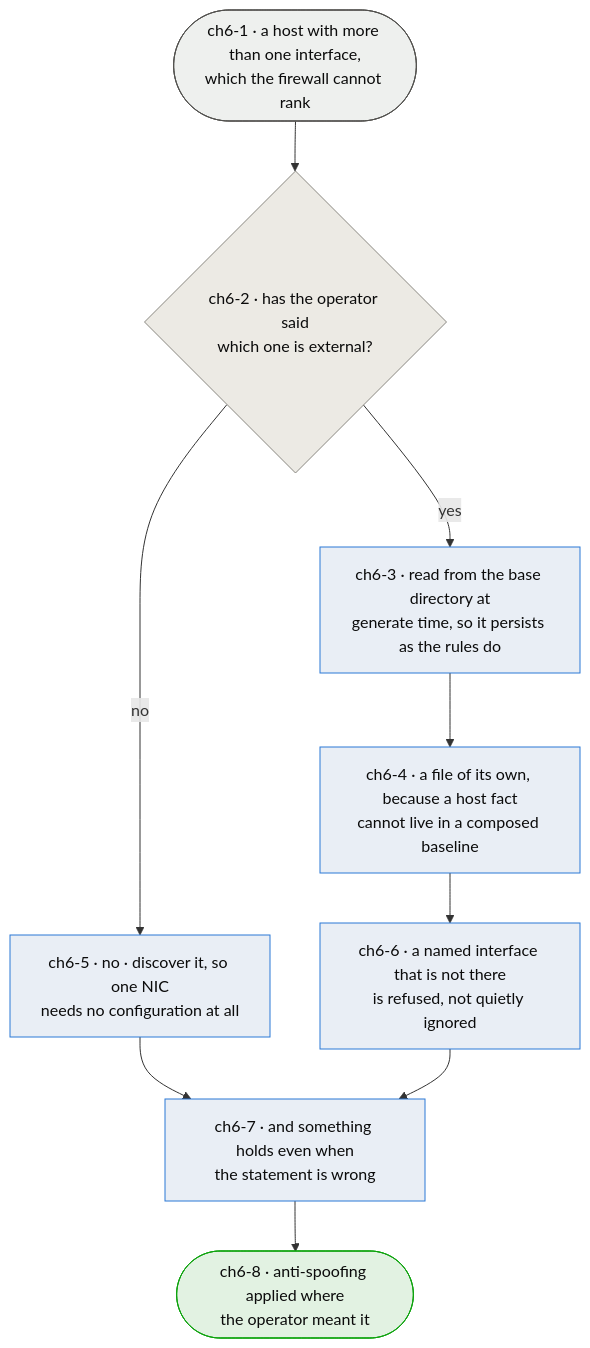
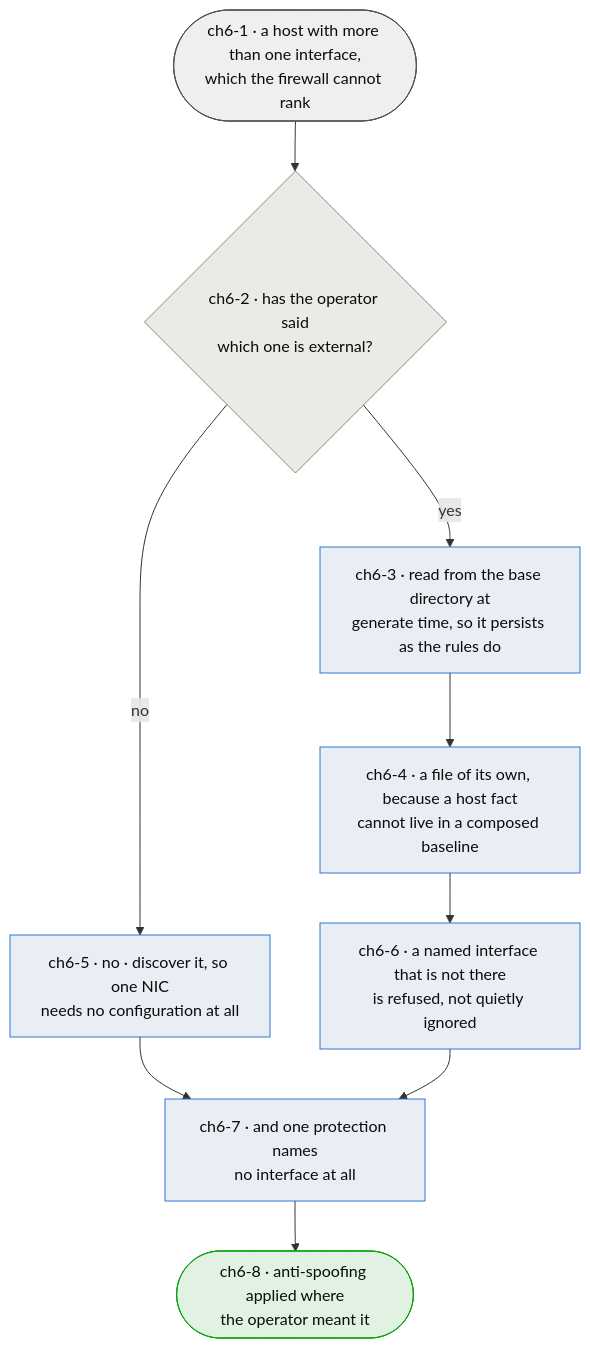
One commit to flattop5377/afirewall changed the diagram in spec/diagrams/chapter-06-external-interface.md. Above: the diagram before and after it, drawn with Mermaid. The commit also changed other lines of this file and 4 other files, not shown here.

````diff
--- a/spec/diagrams/chapter-06-external-interface.md
+++ b/spec/diagrams/chapter-06-external-interface.md
@@ -37,25 +37,25 @@
 ```mermaid
 flowchart TD
     HOST([ch6-1 · a host with more than one interface,<br/>which the firewall cannot rank]):::input
     STATED{ch6-2 · has the operator said<br/>which one is external?}:::decision
     READ[ch6-3 · read from the base directory at<br/>generate time, so it persists as the rules do]:::process
     SEP[ch6-4 · a file of its own, because a host fact<br/>cannot live in a composed baseline]:::process
     GUESS[ch6-5 · no · discover it, so one NIC<br/>needs no configuration at all]:::process
     REFUSE[ch6-6 · a named interface that is not there<br/>is refused, not quietly ignored]:::process
-    ANYWAY[ch6-7 · and something holds even when<br/>the statement is wrong]:::process
+    ANYWAY[ch6-7 · and one protection names<br/>no interface at all]:::process
     OUT([ch6-8 · anti-spoofing applied where<br/>the operator meant it]):::output
 
     HOST --> STATED
     STATED -->|yes| READ
     STATED -->|no| GUESS
     READ --> SEP
     SEP --> REFUSE
     GUESS --> ANYWAY
     REFUSE --> ANYWAY
     ANYWAY --> OUT
 
     classDef input fill:#eef0ee,stroke:#52514e,color:#0b0b0b;
     classDef process fill:#e9eef5,stroke:#2a78d6,color:#0b0b0b;
     classDef decision fill:#eceae4,stroke:#898781,color:#0b0b0b;
     classDef output fill:#e2f2e2,stroke:#0ca30c,color:#0b0b0b;
 ```
````
